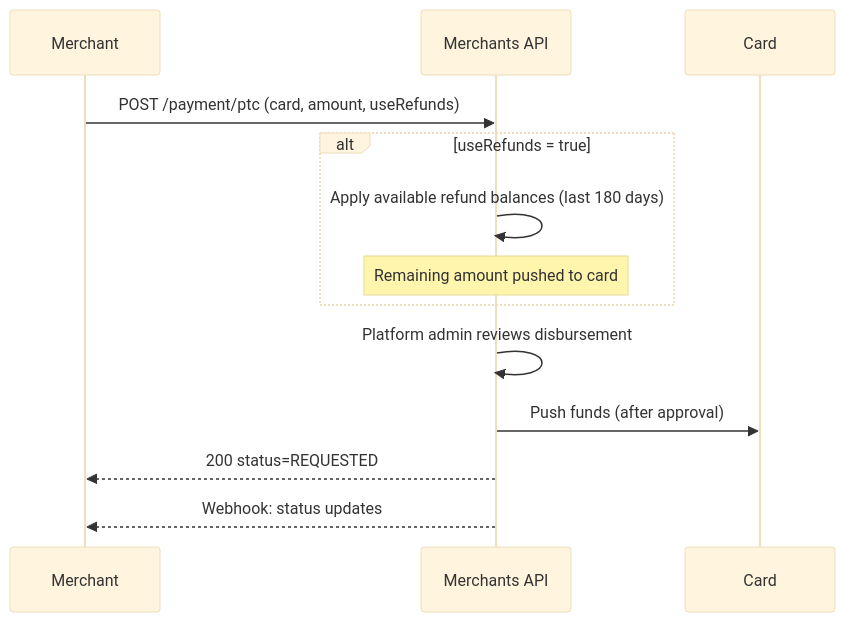
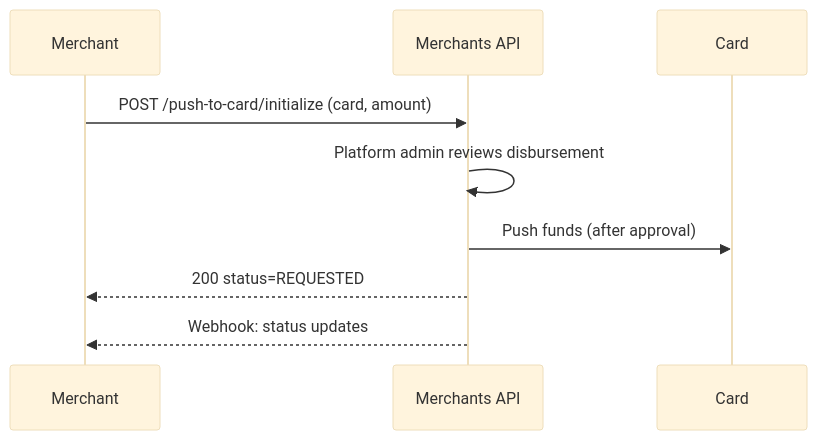
The fourth of 5 diagrams in docs/card-payments.md (KumaaGroup/platform-merchant-api), drawn with Mermaid (base theme) before and after one commit. The commit also changed other lines of this file and 9 other files, not shown here.

First line of the commit message:
Update docs for the initialize payment flow and deprecations (#13)

````diff
--- a/docs/card-payments.md
+++ b/docs/card-payments.md
@@ -267,16 +274,12 @@
 ```mermaid
 sequenceDiagram
     participant M as Merchant
     participant API as Merchants API
     participant C as Card
 
-    M->>API: POST /payment/ptc (card, amount, useRefunds)
-    alt useRefunds = true
-        API->>API: Apply available refund balances (last 180 days)
-        Note over API: Remaining amount pushed to card
-    end
+    M->>API: POST /push-to-card/initialize (card, amount)
     API->>API: Platform admin reviews disbursement
     API->>C: Push funds (after approval)
     API-->>M: 200 status=REQUESTED
     API-->>M: Webhook: status updates
 ```
````
